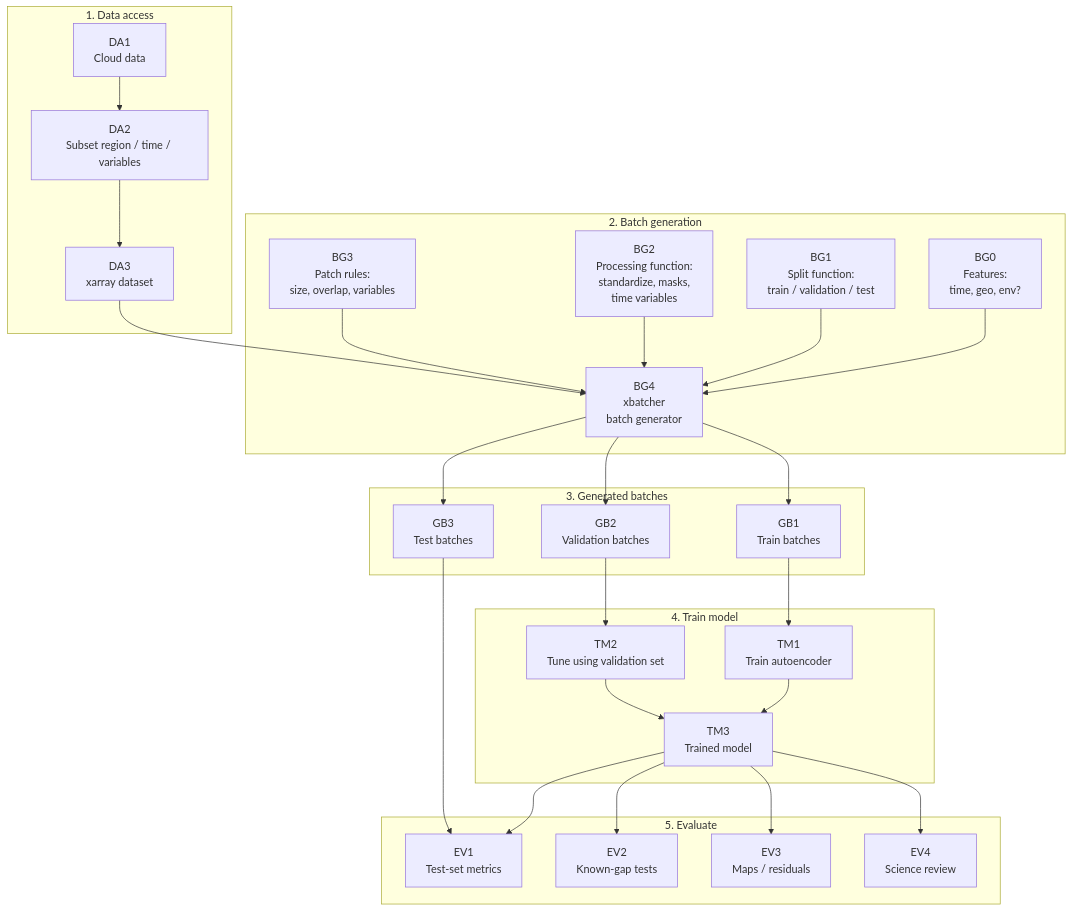
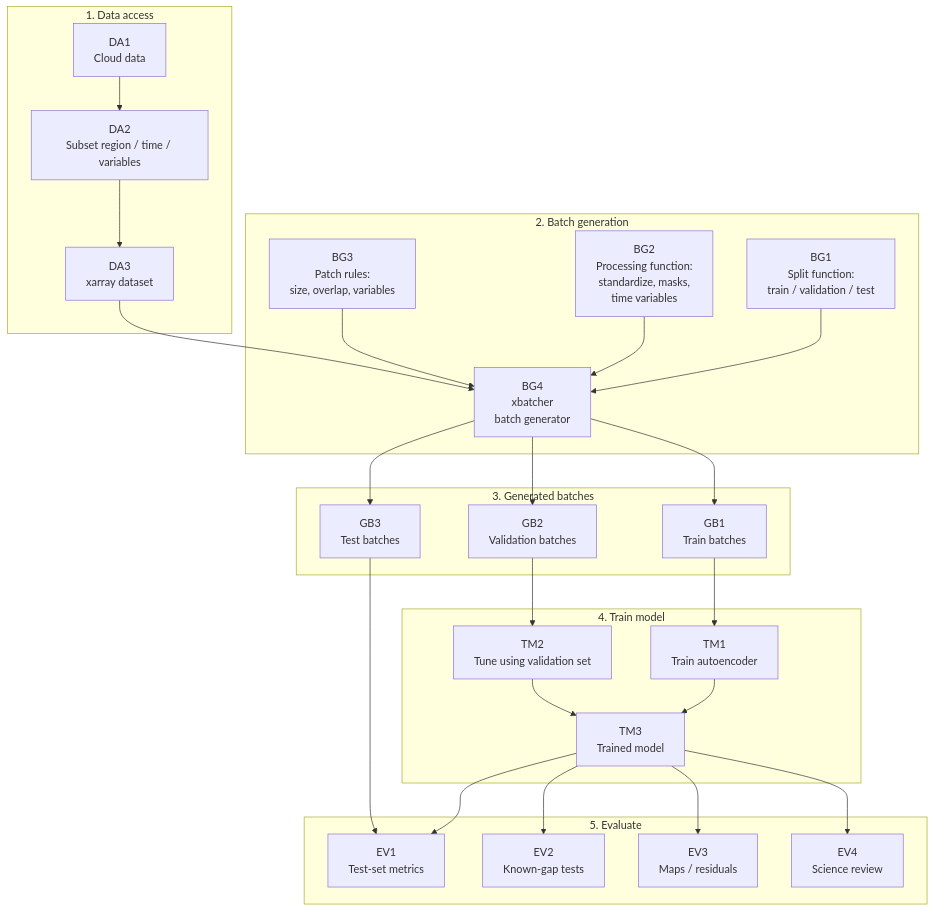
One commit to SAFS-Varanasi-Internship/mindthegap changed the first of 2 diagrams in README.md. Above: the diagram before and after it, drawn with Mermaid. The commit also changed other lines of this file and 7 other files, not shown here.

````diff
--- a/README.md
+++ b/README.md
@@ -6,57 +6,54 @@
 ```mermaid
 flowchart TB
     subgraph A[1. Data access]
         A1[DA1<br/>Cloud data] --> A2[DA2<br/>Subset region / time / variables]
         A2 --> A3[DA3<br/>xarray dataset]
     end
 
     subgraph B[2. Batch generation]
         B1[BG1<br/>Split function:<br/>train / validation / test]
         B2[BG2<br/>Processing function:<br/>standardize, masks,<br/>time variables]
         B3[BG3<br/>Patch rules:<br/>size, overlap, variables]
-        B0[BG0<br/>Features:<br/>time, geo, env?]
         B4[BG4<br/>xbatcher<br/>batch generator]
 
-        B0 --> B4
         B1 --> B4
         B2 --> B4
         B3 --> B4
-
     end
 
     subgraph C[3. Generated batches]
         C1[GB1<br/>Train batches]
         C2[GB2<br/>Validation batches]
         C3[GB3<br/>Test batches]
     end
 
     subgraph D[4. Train model]
         D1[TM1<br/>Train autoencoder]
         D2[TM2<br/>Tune using validation set]
         D3[TM3<br/>Trained model]
     end
 
     subgraph E[5. Evaluate]
         E1[EV1<br/>Test-set metrics]
         E2[EV2<br/>Known-gap tests]
         E3[EV3<br/>Maps / residuals]
         E4[EV4<br/>Science review]
     end
 
     A3 --> B4
 
     B4 --> C1
     B4 --> C2
     B4 --> C3
 
     C1 --> D1
     C2 --> D2
     D1 --> D3
     D2 --> D3
 
     D3 --> E1
     C3 --> E1
     D3 --> E2
     D3 --> E3
     D3 --> E4
 ```
````
